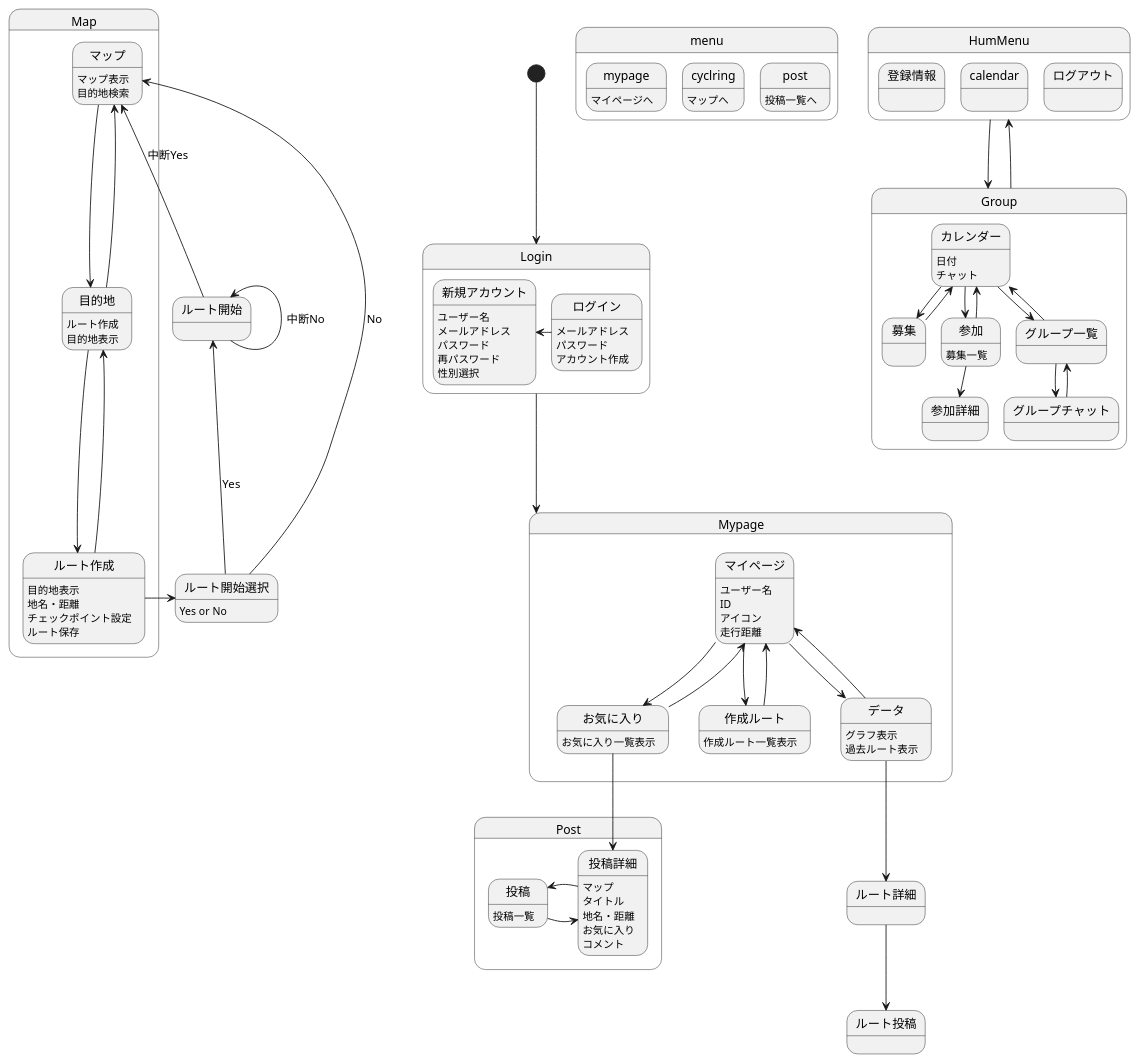
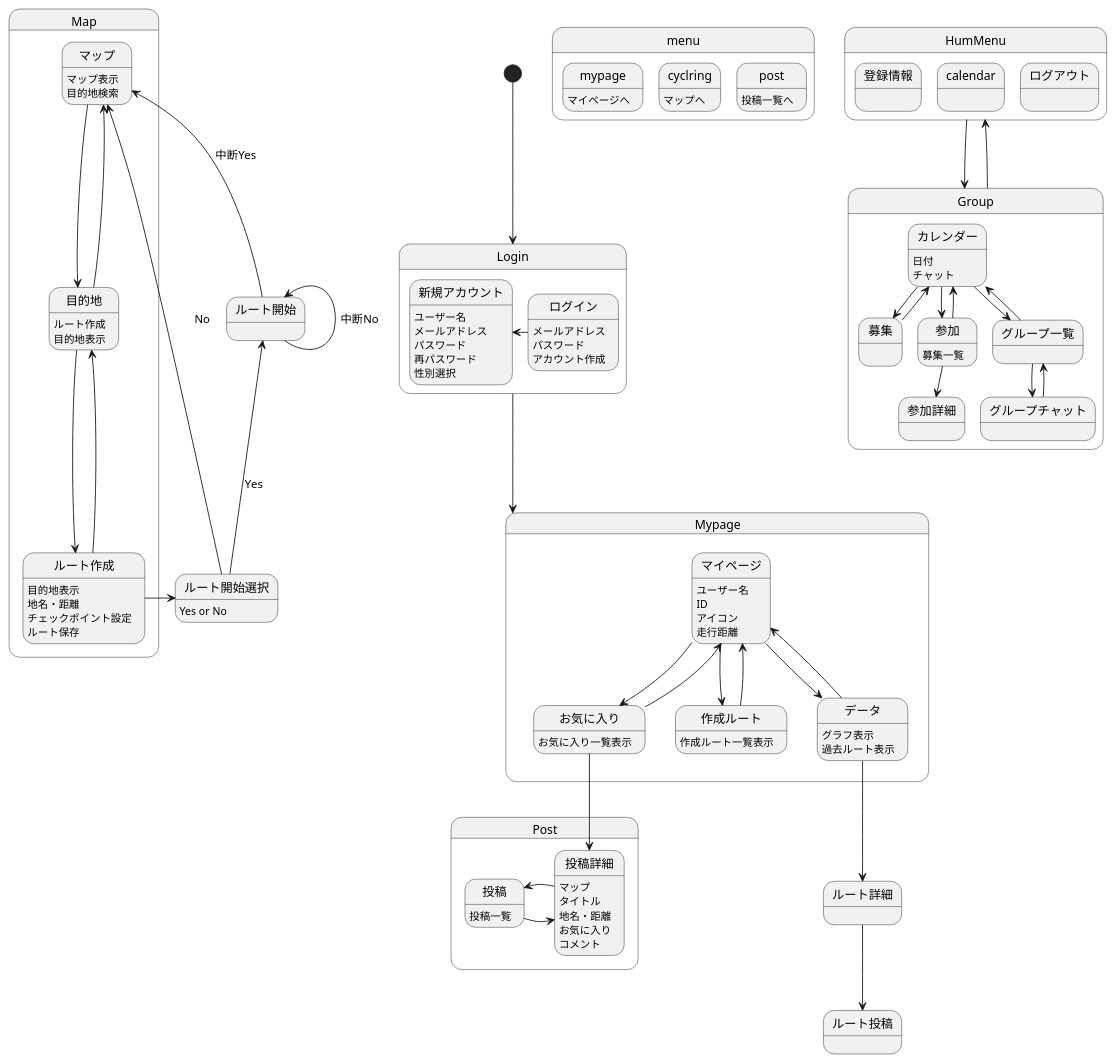
One commit to AsoSD3A3/CyclingSystem changed the diagram in 画面遷移図/gm.md. Above: the diagram before and after it, drawn with PlantUML.

```diff
--- a/画面遷移図/gm.md
+++ b/画面遷移図/gm.md
@@ -85,7 +85,7 @@
 ルート作成-right->ルート開始選択
 ルート開始選択:Yes or No
 ルート開始選択-up->ルート開始 :Yes
-ルート開始選択-up->マップ :No
+ルート開始選択-right->マップ :No
 ルート開始-up->ルート開始 :中断No
 ルート開始-up->マップ :中断Yes
 
```
